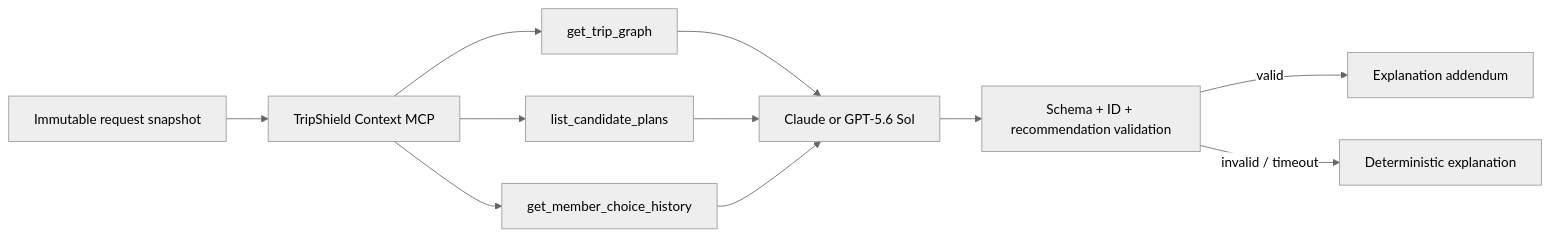
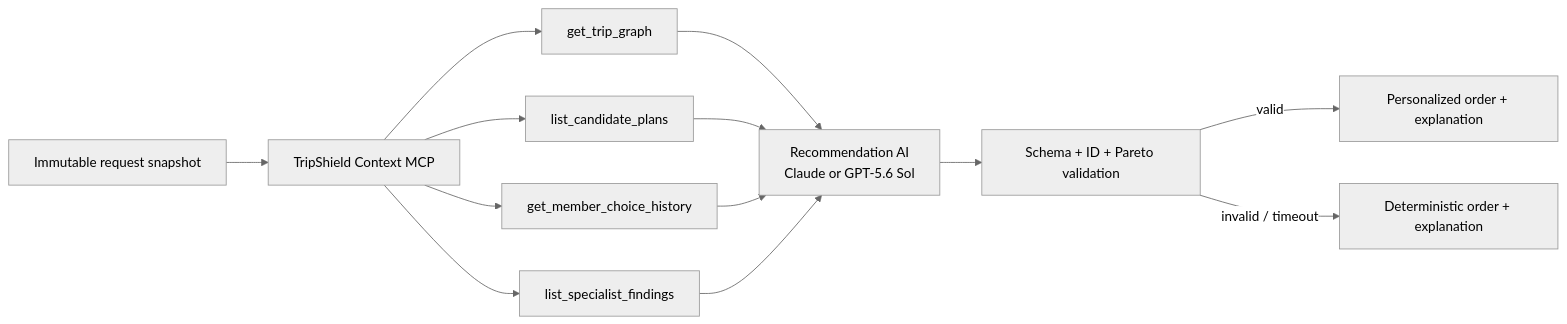
Before and after one commit to darrenori/amex-ai: the ninth of 13 diagrams in ARCHITECTURE.md, drawn with Mermaid (neutral theme). The commit also changed other lines of this file and 13 other files, not shown here.

````diff
--- a/ARCHITECTURE.md
+++ b/ARCHITECTURE.md
@@ -271,11 +345,12 @@
 ```mermaid
 flowchart LR
     SNAP["Immutable request snapshot"] --> MCP["TripShield Context MCP"]
     MCP --> G["get_trip_graph"]
     MCP --> P["list_candidate_plans"]
     MCP --> H["get_member_choice_history"]
-    G & P & H --> MODEL["Claude or GPT-5.6 Sol"]
-    MODEL --> VALID["Schema + ID + recommendation validation"]
-    VALID -->|valid| COPY["Explanation addendum"]
-    VALID -->|invalid / timeout| FALLBACK["Deterministic explanation"]
+    MCP --> S["list_specialist_findings"]
+    G & P & H & S --> MODEL["Recommendation AI<br/>Claude or GPT-5.6 Sol"]
+    MODEL --> VALID["Schema + ID + Pareto validation"]
+    VALID -->|valid| COPY["Personalized order + explanation"]
+    VALID -->|invalid / timeout| FALLBACK["Deterministic order + explanation"]
 ```
````
